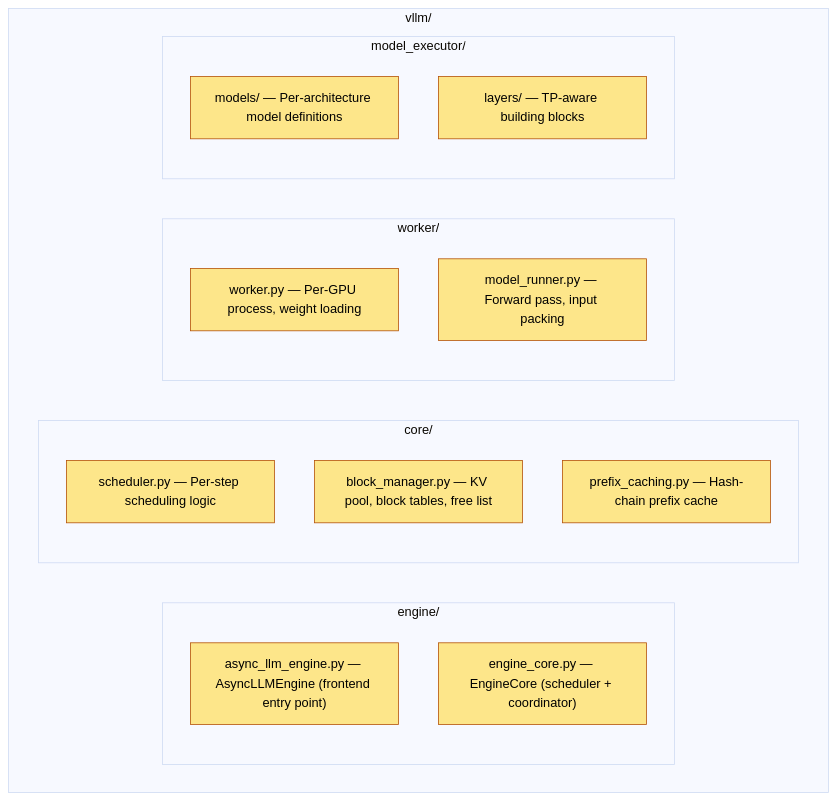
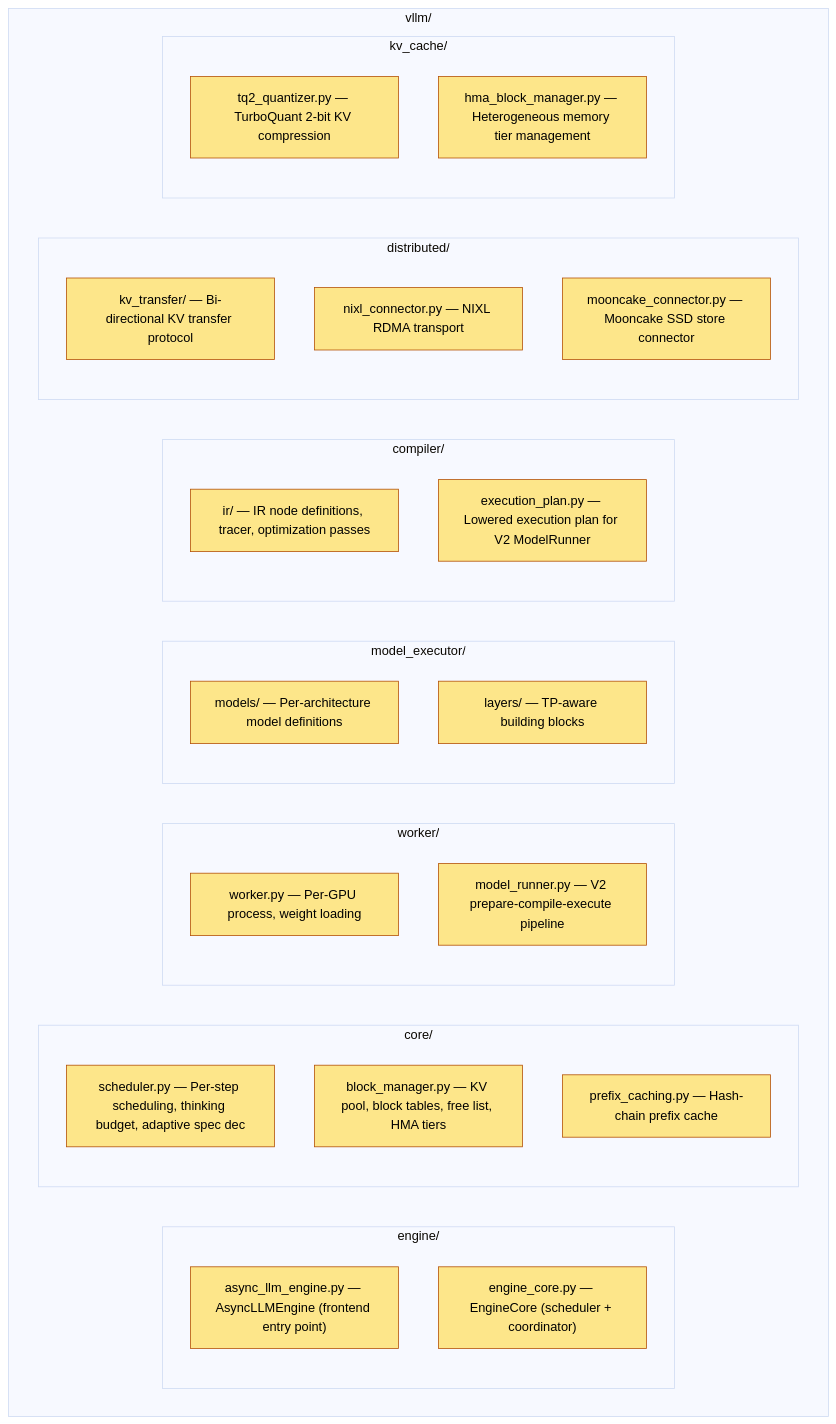
Before and after one commit to Wty2003328/ai_infra_intro: the ninth of 10 diagrams in ai_infra/L8_Inference_and_Serving/vLLM_Internals.md, drawn with Mermaid (base theme). The commit also changed other lines of this file and 62 other files, not shown here.

````diff
--- a/ai_infra/L8_Inference_and_Serving/vLLM_Internals.md
+++ b/ai_infra/L8_Inference_and_Serving/vLLM_Internals.md
@@ -737,23 +1064,36 @@
 ```mermaid
 flowchart TB
     subgraph vllm["vllm/"]
         subgraph eng["engine/"]
             A["async_llm_engine.py — AsyncLLMEngine (frontend entry point)"]:::py
             B["engine_core.py — EngineCore (scheduler + coordinator)"]:::py
         end
         subgraph core["core/"]
-            C["scheduler.py — Per-step scheduling logic"]:::py
-            D["block_manager.py — KV pool, block tables, free list"]:::py
+            C["scheduler.py — Per-step scheduling, thinking budget, adaptive spec dec"]:::py
+            D["block_manager.py — KV pool, block tables, free list, HMA tiers"]:::py
             E["prefix_caching.py — Hash-chain prefix cache"]:::py
         end
         subgraph wrk["worker/"]
             F["worker.py — Per-GPU process, weight loading"]:::py
-            G["model_runner.py — Forward pass, input packing"]:::py
+            G["model_runner.py — V2 prepare-compile-execute pipeline"]:::py
         end
         subgraph mx["model_executor/"]
             H["models/ — Per-architecture model definitions"]:::py
             I["layers/ — TP-aware building blocks"]:::py
         end
+        subgraph ir["compiler/"]
+            J["ir/ — IR node definitions, tracer, optimization passes"]:::py
+            K["execution_plan.py — Lowered execution plan for V2 ModelRunner"]:::py
+        end
+        subgraph disagg["distributed/"]
+            L["kv_transfer/ — Bi-directional KV transfer protocol"]:::py
+            M["nixl_connector.py — NIXL RDMA transport"]:::py
+            N["mooncake_connector.py — Mooncake SSD store connector"]:::py
+        end
+        subgraph kv["kv_cache/"]
+            O["tq2_quantizer.py — TurboQuant 2-bit KV compression"]:::py
+            P["hma_block_manager.py — Heterogeneous memory tier management"]:::py
+        end
     end
     classDef py fill:#fde68a,stroke:#b45309,color:#000
 ```
````
